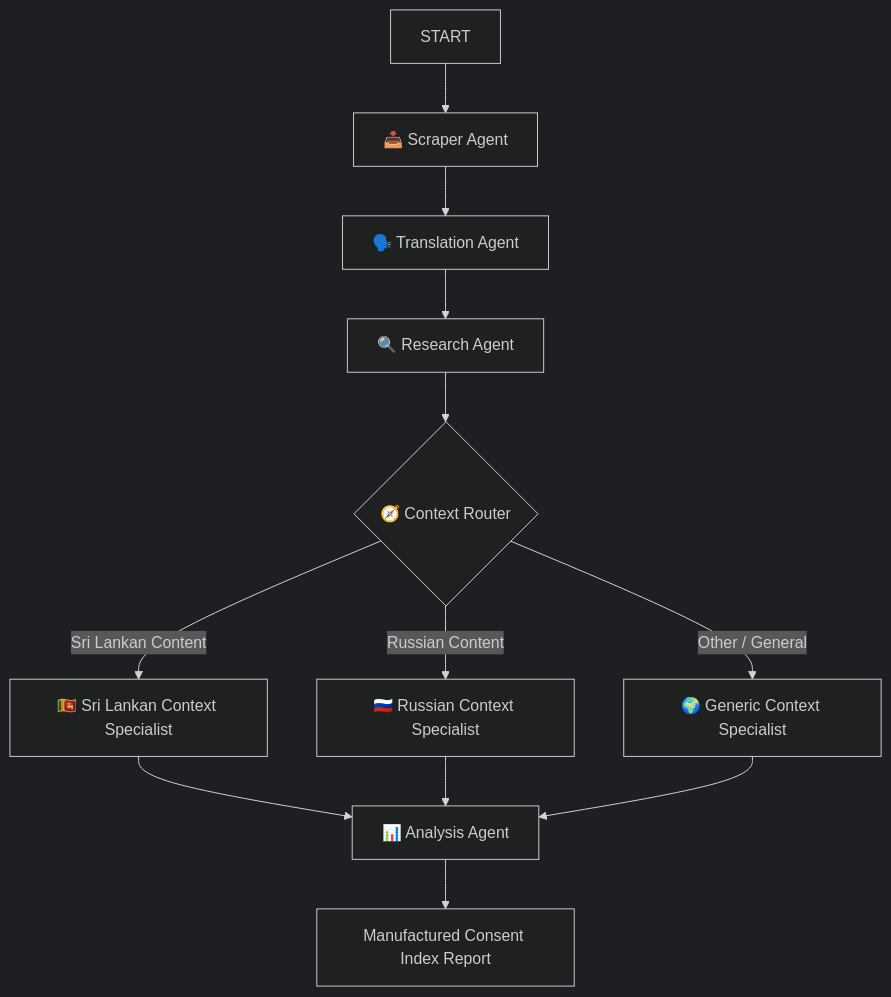
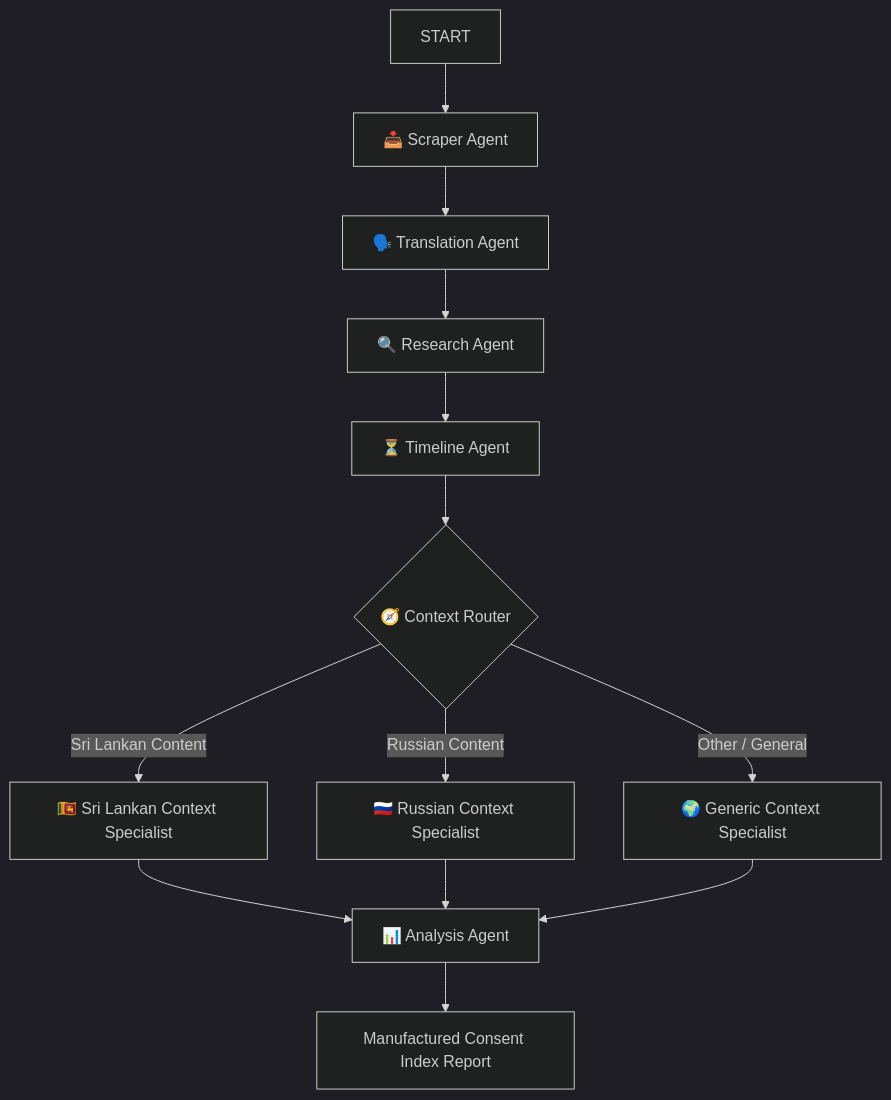
Before and after one commit to francoisfernando/detecting-maufactured-consent-agent: the diagram in README.md, drawn with Mermaid (dark theme). The commit also changed other lines of this file and 4 other files, not shown here.

````diff
--- a/README.md
+++ b/README.md
@@ -66,17 +66,18 @@
 ```mermaid
 graph TD
     START --> scraper[📥 Scraper Agent]
     scraper --> translator[🗣️ Translation Agent]
     translator --> researcher[🔍 Research Agent]
-    researcher --> router{🧭 Context Router}
+    researcher --> timeline[⏳ Timeline Agent]
+    timeline --> router{🧭 Context Router}
     
     router -- "Sri Lankan Content" --> sl_specialist[🇱🇰 Sri Lankan Context Specialist]
     router -- "Russian Content" --> ru_specialist[🇷🇺 Russian Context Specialist]
     router -- "Other / General" --> gen_specialist[🌍 Generic Context Specialist]
     
     sl_specialist --> analyzer[📊 Analysis Agent]
     ru_specialist --> analyzer
     gen_specialist --> analyzer
     
     analyzer --> END[Manufactured Consent Index Report]
 ```
````
